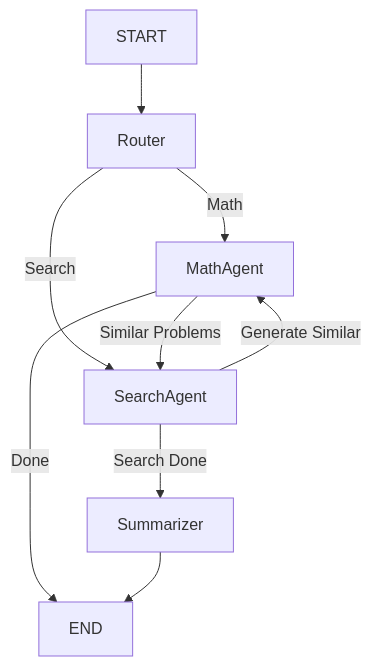
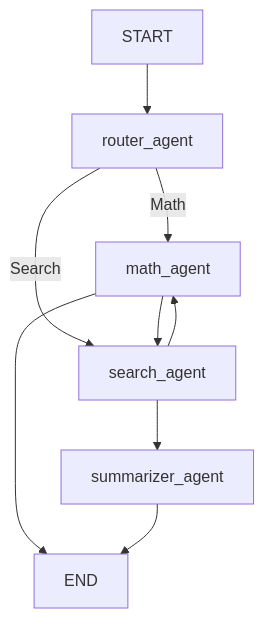
Before and after one commit to Debyendu2000/-MathSage-AI-: the diagram in README.md, drawn with Mermaid.

````diff
--- a/README.md
+++ b/README.md
@@ -102,11 +102,11 @@
 ```mermaid
 graph TD
-    START --> Router
-    Router -->|Math| MathAgent
-    Router -->|Search| SearchAgent
-    MathAgent -->|Similar Problems| SearchAgent
-    MathAgent -->|Done| END
-    SearchAgent -->|Generate Similar| MathAgent
-    SearchAgent -->|Search Done| Summarizer
-    Summarizer --> END
+    START --> router_agent
+    router_agent -->|Math| math_agent
+    router_agent -->|Search| search_agent
+    math_agent --> search_agent
+    math_agent --> END
+    search_agent --> math_agent
+    search_agent --> summarizer_agent
+    summarizer_agent --> END
 ```
````
